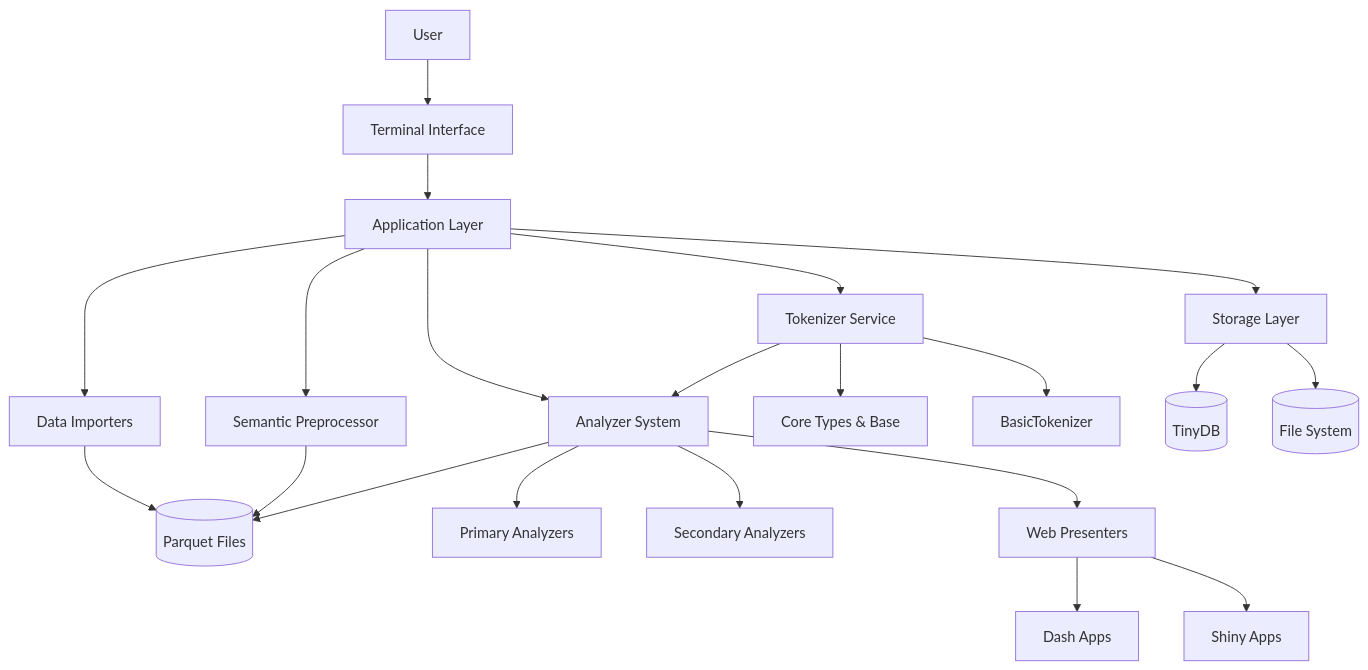
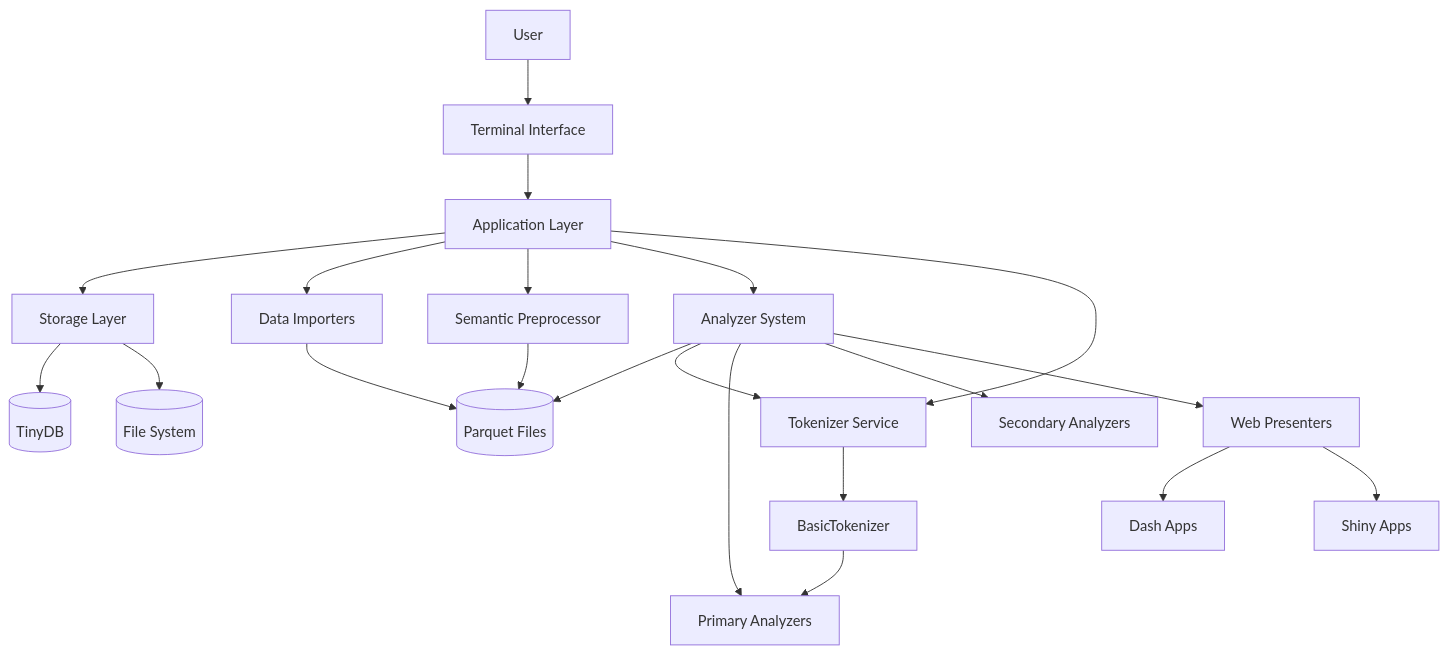
One commit to civictechdc/mango-tango-cli changed the first of 2 diagrams in .ai-context/architecture-overview.md. Above: the diagram before and after it, drawn with Mermaid. The commit also changed 7 other files, not shown here.

````diff
--- a/.ai-context/architecture-overview.md
+++ b/.ai-context/architecture-overview.md
@@ -5,29 +5,29 @@
 ```mermaid
 flowchart TD
     User[User] --> Terminal[Terminal Interface]
     Terminal --> App[Application Layer]
     App --> Storage[Storage Layer]
 
     App --> Importers[Data Importers]
     App --> Preprocessing[Semantic Preprocessor]
     App --> Analyzers[Analyzer System]
-    App --> Services[Tokenizer Service]
+    App --> TokenizerService[Tokenizer Service]
 
     Importers --> Parquet[(Parquet Files)]
     Preprocessing --> Parquet
     Analyzers --> Parquet
 
-    Services --> Analyzers
-    Services --> TokenizerCore[Core Types & Base]
-    Services --> BasicTokenizer[BasicTokenizer]
+    Analyzers --> TokenizerService
+    TokenizerService --> BasicTokenizer[BasicTokenizer]
+    BasicTokenizer --> Primary
 
     Analyzers --> Primary[Primary Analyzers]
     Analyzers --> Secondary[Secondary Analyzers]
     Analyzers --> WebPresenters[Web Presenters]
 
     WebPresenters --> Dash[Dash Apps]
     WebPresenters --> Shiny[Shiny Apps]
 
     Storage --> TinyDB[(TinyDB)]
     Storage --> FileSystem[(File System)]
 ```
````
